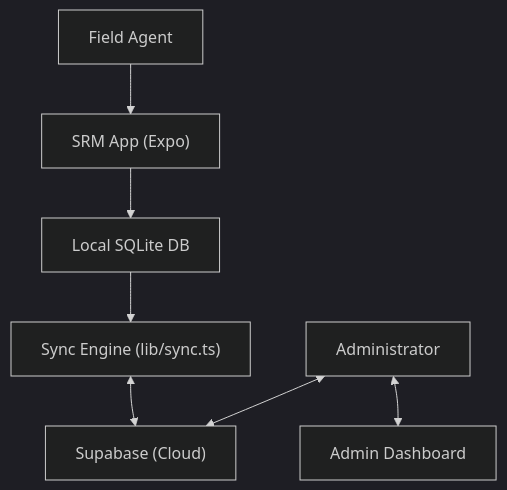
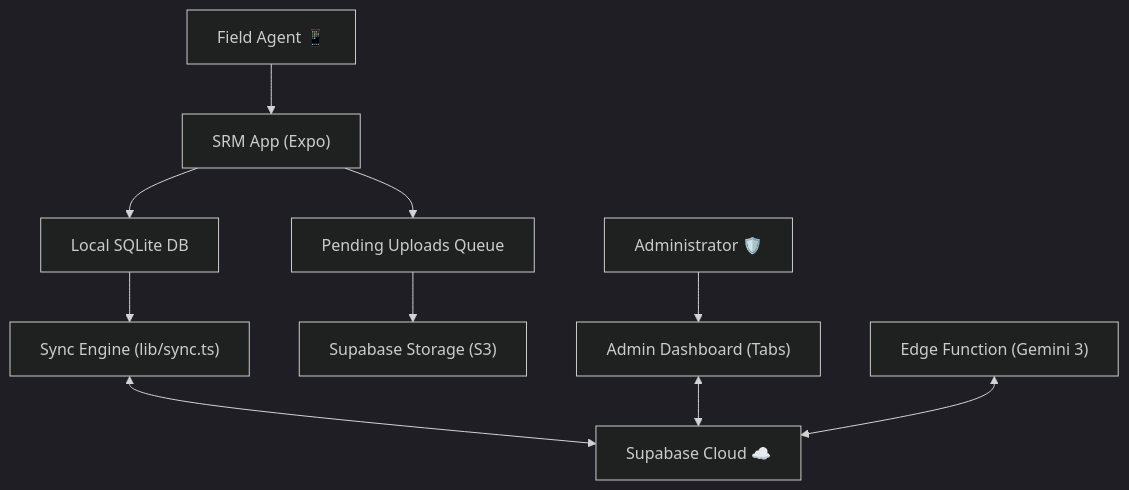
The diagram in README.md (kourdroid/SRM_IM), drawn with Mermaid (dark theme) before and after one commit. The commit also changed other lines of this file, not shown here.

````diff
--- a/README.md
+++ b/README.md
@@ -39,9 +54,12 @@
 ```mermaid
 graph TD
-    User["Field Agent"] --> App["SRM App (Expo)"]
+    User["Field Agent 📱"] --> App["SRM App (Expo)"]
     App --> SQLite["Local SQLite DB"]
     SQLite --> Sync["Sync Engine (lib/sync.ts)"]
-    Sync <--> Supabase["Supabase (Cloud)"]
-    Admin["Administrator"] <--> Supabase
-    Admin <--> Dashboard["Admin Dashboard"]
+    Sync <--> Supabase["Supabase Cloud ☁️"]
+    App --> ImageQueue["Pending Uploads Queue"]
+    ImageQueue --> Storage["Supabase Storage (S3)"]
+    Admin["Administrator 🛡️"] --> AdminUI["Admin Dashboard (Tabs)"]
+    AdminUI <--> Supabase
+    VoiceEdge["Edge Function (Gemini 3)"] <--> Supabase
 ```
````
